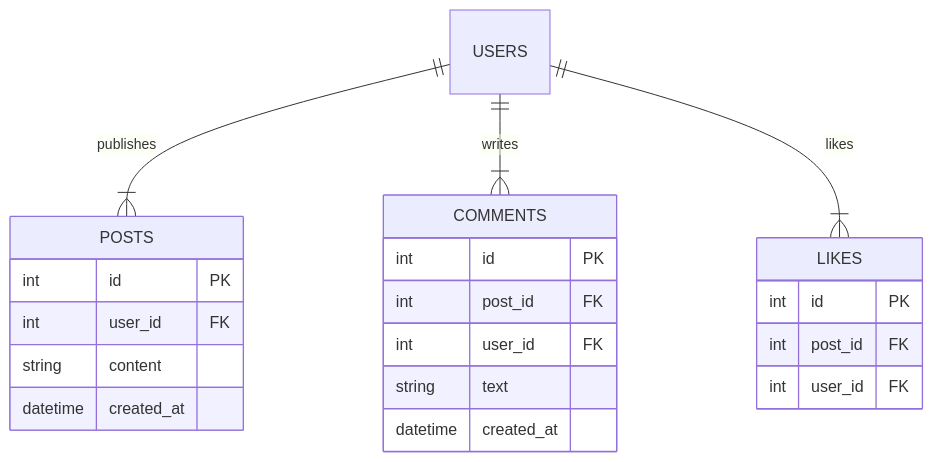
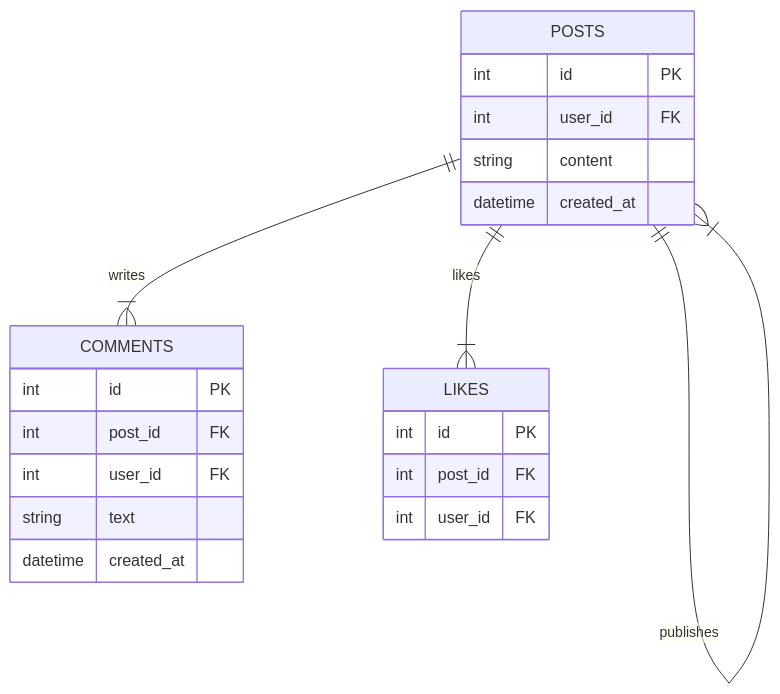
One commit to melisssadibe/SOA_HW_MD changed the diagram in docs/users.mmd. Above: the diagram before and after it, drawn with Mermaid.

```diff
--- a/docs/users.mmd
+++ b/docs/users.mmd
@@ -1,25 +1,25 @@
 erDiagram
-    USERS ||--|{ POSTS : publishes
-    USERS ||--|{ COMMENTS : writes
-    USERS ||--|{ LIKES : likes
+    POSTS ||--|{ POSTS : publishes
+    POSTS ||--|{ COMMENTS : writes
+    POSTS ||--|{ LIKES : likes
 
     POSTS {
         int id PK
         int user_id FK
         string content
         datetime created_at
     }
     
     COMMENTS {
         int id PK
         int post_id FK
         int user_id FK
         string text
         datetime created_at
     }
     
     LIKES {
         int id PK
         int post_id FK
         int user_id FK
     }
```
